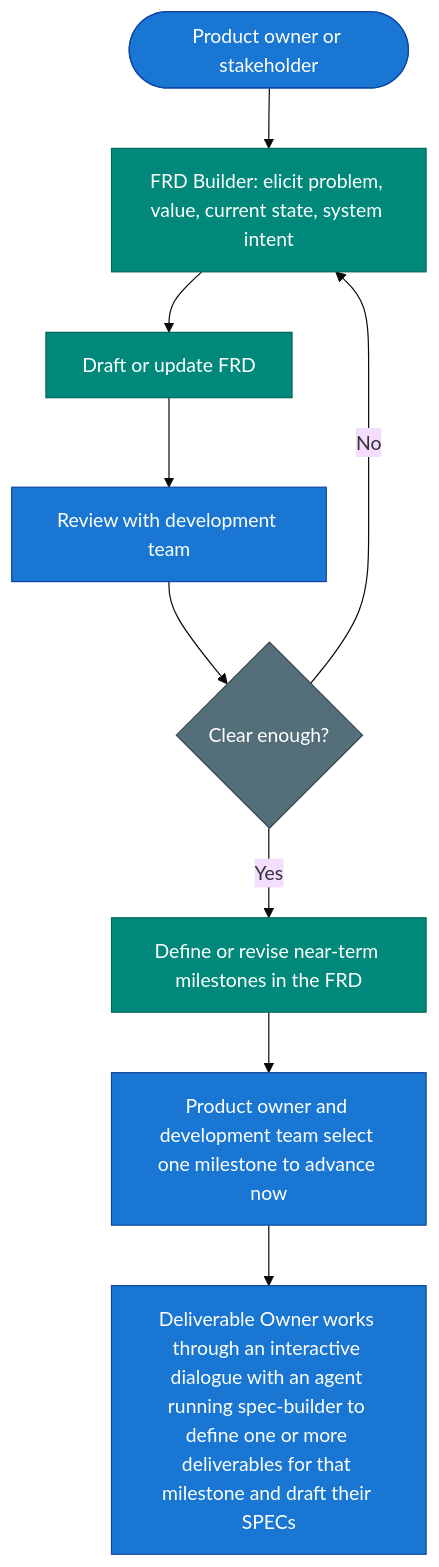
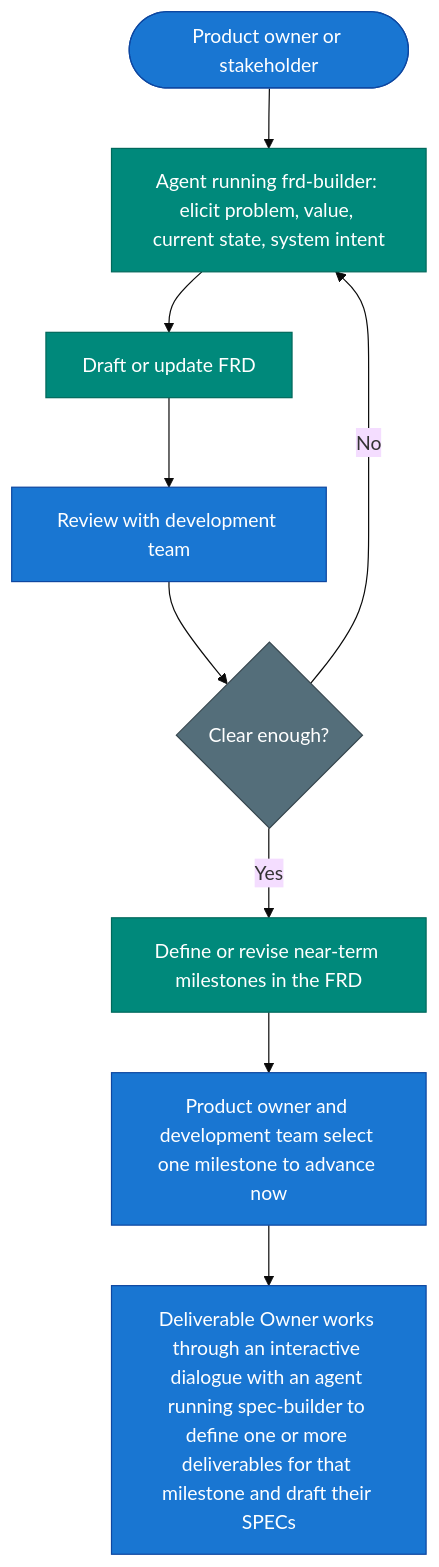
One commit to zazzcode/zazz-skills changed the second of 3 diagrams in zazz-framework.md. Above: the diagram before and after it, drawn with Mermaid (base theme). The commit also changed other lines of this file, not shown here.

Commit message:
Clarify human, agent, and skill terminology

````diff
--- a/zazz-framework.md
+++ b/zazz-framework.md
@@ -363,19 +385,19 @@
 ```mermaid
 flowchart TD
-    A([Product owner or stakeholder]) --> B[FRD Builder: elicit problem, value, current state, system intent]
+    A([Product owner or stakeholder]) --> B[Agent running frd-builder: elicit problem, value, current state, system intent]
     B --> C[Draft or update FRD]
     C --> D[Review with development team]
     D --> E{Clear enough?}
     E -->|No| B
     E -->|Yes| F[Define or revise near-term milestones in the FRD]
     F --> G[Product owner and development team select one milestone to advance now]
     G --> H[Deliverable Owner works through an interactive dialogue with an agent running spec-builder to define one or more deliverables for that milestone and draft their SPECs]
 
     classDef human fill:#1976d2,stroke:#0d47a1,color:#fff
     classDef agent fill:#00897b,stroke:#00695c,color:#fff
     classDef decision fill:#546e7a,stroke:#37474f,color:#fff
     class A,D human
     class B,C,F agent
     class G,H human
     class E decision
 ```
````
